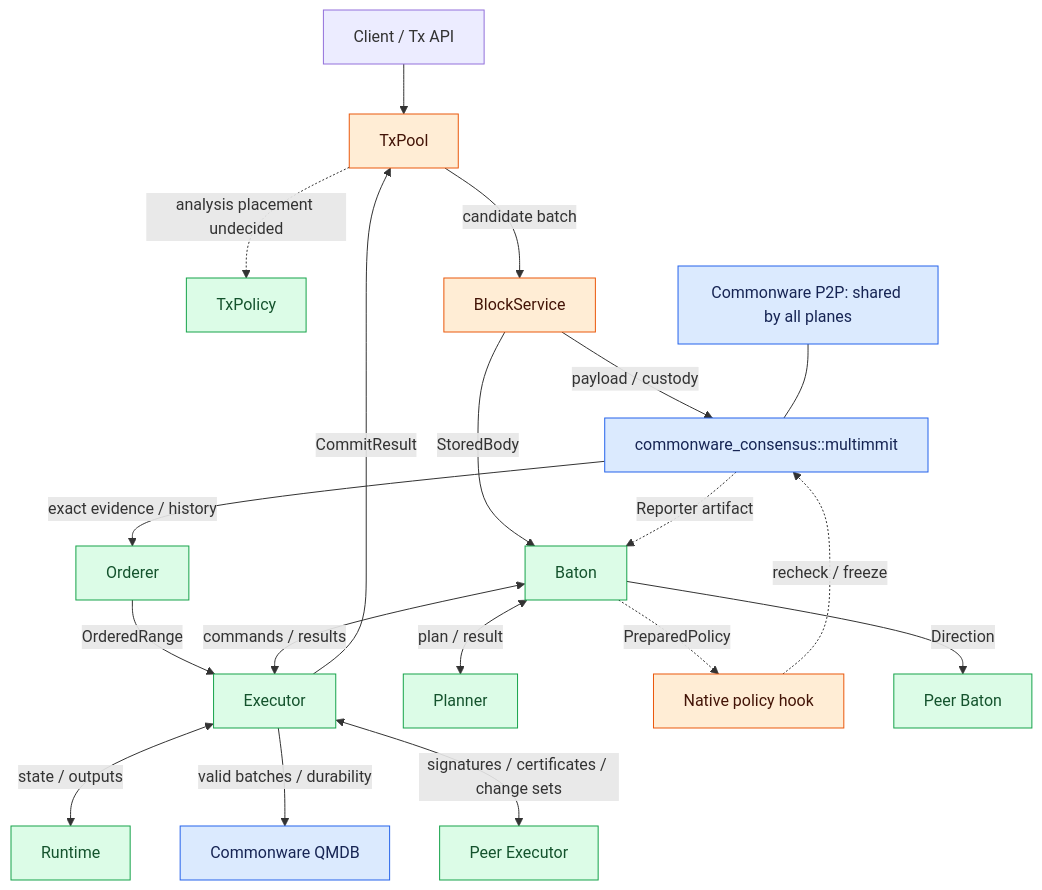
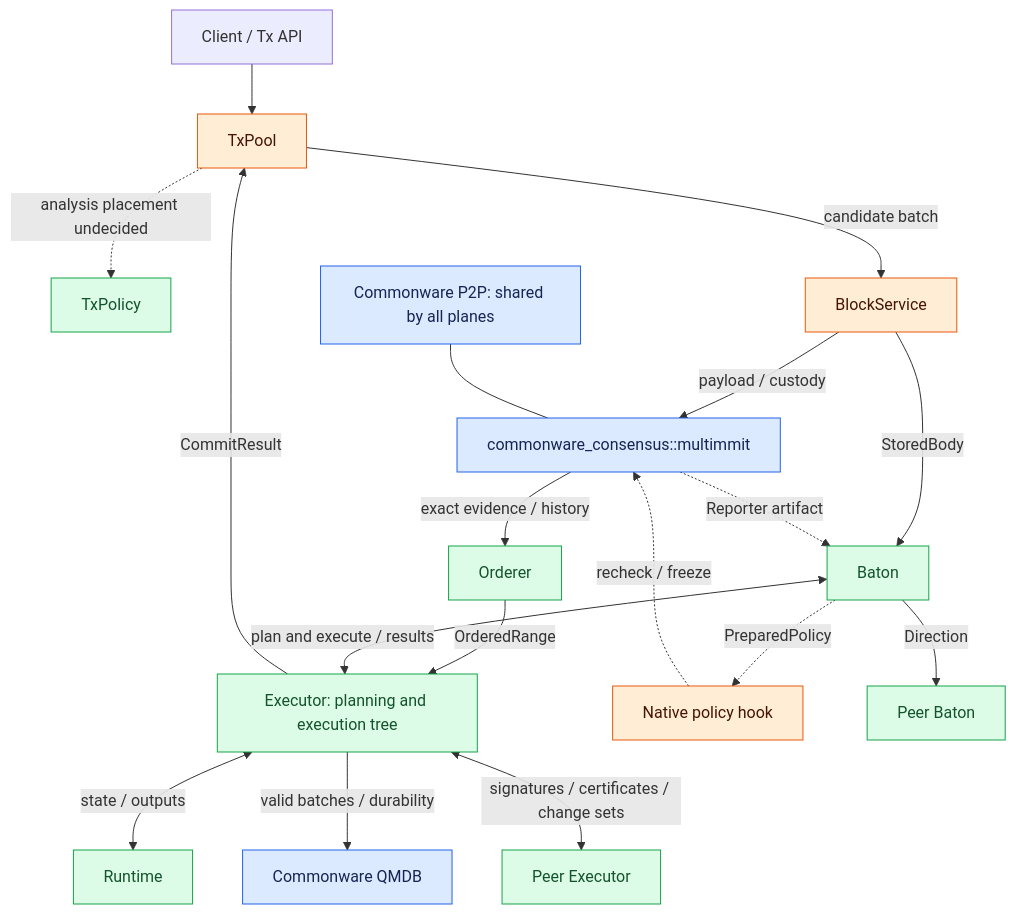
Before and after one commit to djm07073/baton-research: the diagram in docs/overview/architecture.md, drawn with Mermaid. The commit also changed other lines of this file and 61 other files, not shown here.

Commit message:
Merge planning and parent-linked execution tree into Executor

````diff
--- a/docs/overview/architecture.md
+++ b/docs/overview/architecture.md
@@ -11,27 +11,26 @@
 ```mermaid
 flowchart TB
     C[Client / Tx API] --> T[TxPool]
     T -. analysis placement undecided .-> X[TxPolicy]
     T -->|candidate batch| B[BlockService]
     B -->|payload / custody| N[commonware_consensus::multimmit]
     N -->|exact evidence / history| M[Orderer]
     B -->|StoredBody| O[Baton]
     N -. Reporter artifact .-> O
     M -->|OrderedRange| E
-    O <-->|plan / result| P[Planner]
     O -. PreparedPolicy .-> H[Native policy hook]
     H -. recheck / freeze .-> N
     O -->|Direction| PE[Peer Baton]
-    O <-->|commands / results| E[Executor]
+    O <-->|plan and execute / results| E[Executor: planning and execution tree]
     E <-->|state / outputs| R[Runtime]
     E -->|valid batches / durability| S[Commonware QMDB]
     E <-->|signatures / certificates / change sets| V[Peer Executor]
     E -->|CommitResult| T
     NET[Commonware P2P: shared by all planes] --- N
     classDef reuse fill:#dbeafe,stroke:#2563eb,color:#172554;
     classDef adapt fill:#ffedd5,stroke:#ea580c,color:#431407;
     classDef new fill:#dcfce7,stroke:#16a34a,color:#14532d;
     class N,NET,S reuse;
     class T,B,H adapt;
-    class X,M,O,P,PE,E,R,V new;
+    class X,M,O,PE,E,R,V new;
 ```
````
